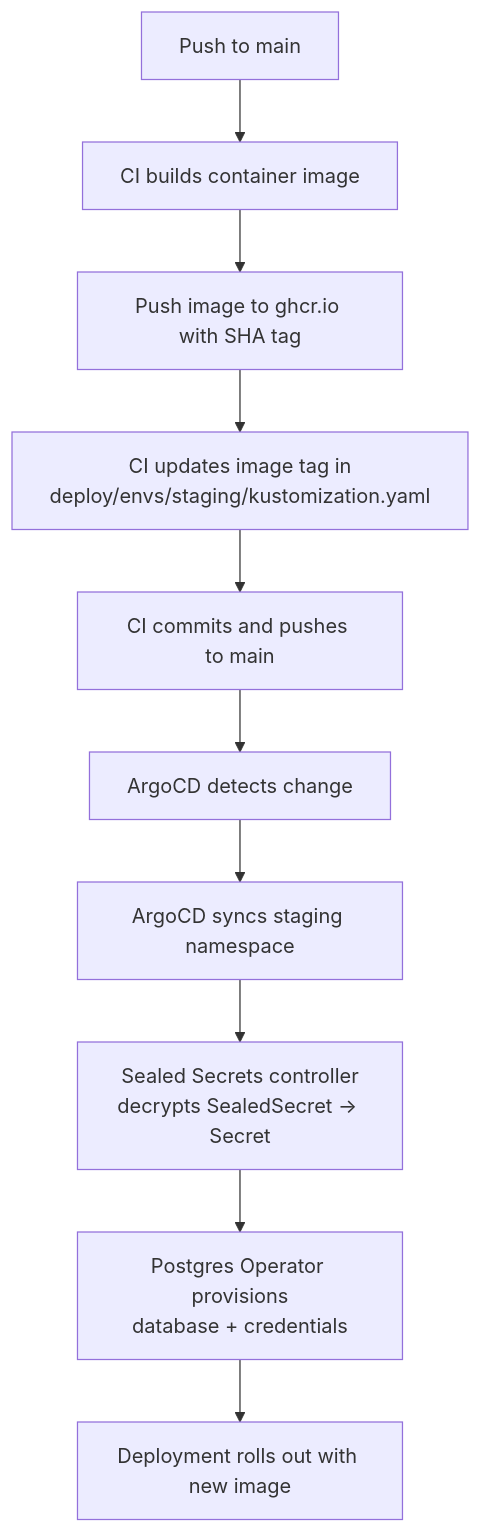
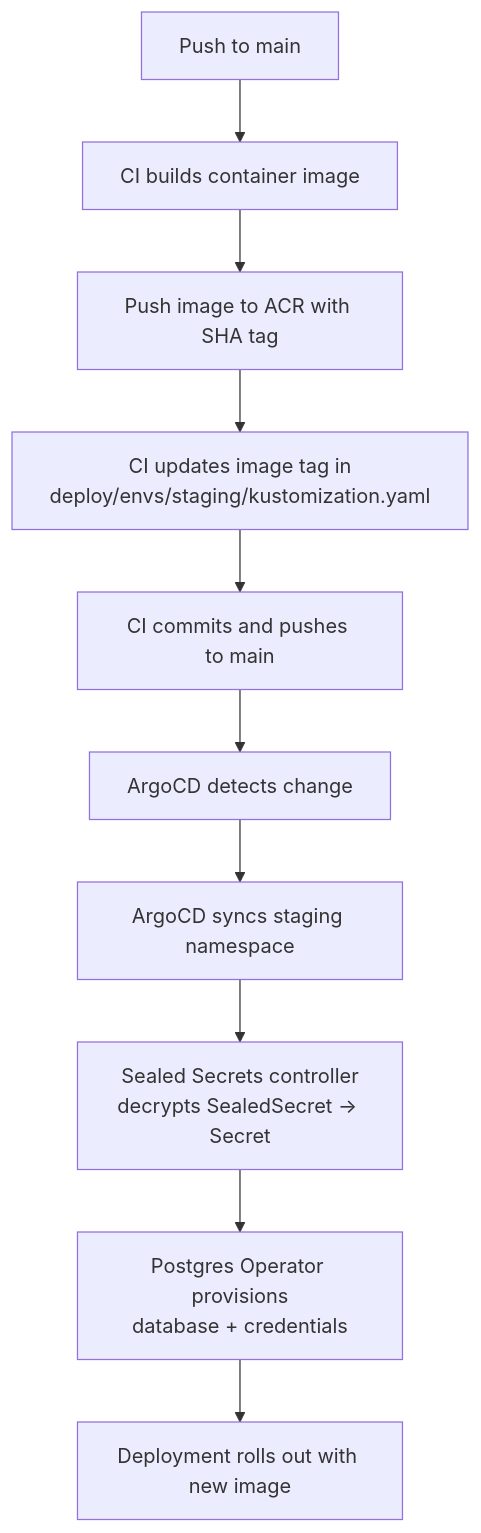
Before and after one commit to infosupport/promptyard: the second of 3 diagrams in docs/architecture/07-deployment-view.md, drawn with Mermaid. The commit also changed other lines of this file and 7 other files, not shown here.

````diff
--- a/docs/architecture/07-deployment-view.md
+++ b/docs/architecture/07-deployment-view.md
@@ -227,12 +223,12 @@
 ```mermaid
 flowchart TD
     A[Push to main] --> B[CI builds container image]
-    B --> C[Push image to ghcr.io with SHA tag]
+    B --> C[Push image to ACR with SHA tag]
     C --> D[CI updates image tag in\ndeploy/envs/staging/kustomization.yaml]
     D --> E[CI commits and pushes to main]
     E --> F[ArgoCD detects change]
     F --> G[ArgoCD syncs staging namespace]
     G --> H[Sealed Secrets controller\ndecrypts SealedSecret → Secret]
     H --> I[Postgres Operator provisions\ndatabase + credentials]
     I --> J[Deployment rolls out with new image]
 ```
````
